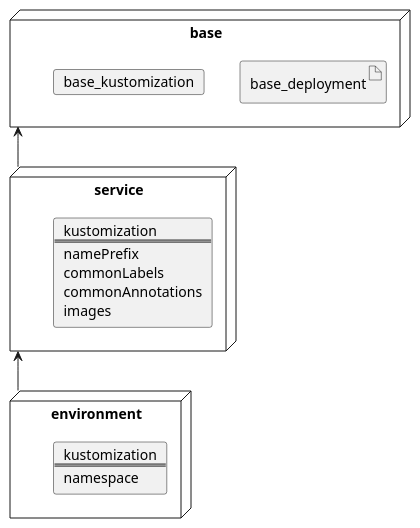
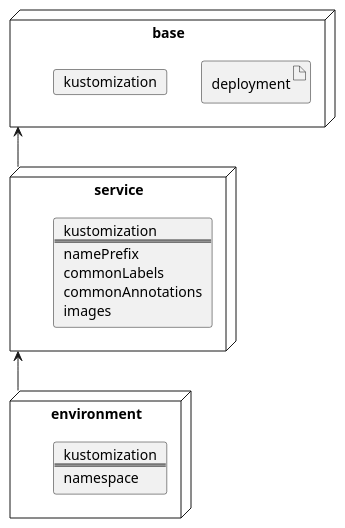
The diagram in documentation/images/kubernetes.puml (LanDinh/khaleesi-ninja), drawn with PlantUML before and after one commit. The commit also changed 3 other files, not shown here.

```diff
--- a/documentation/images/kubernetes.puml
+++ b/documentation/images/kubernetes.puml
@@ -1,28 +1,28 @@
 @startuml
 node base {
-  artifact base_deployment as deployment
-  card base_kustomization as kustomization
+  artifact deployment as base_deployment
+  card kustomization as base_kustomization
 }
 
 node service {
   card service_kustomization [
     kustomization
     ====
     namePrefix
     commonLabels
     commonAnnotations
     images
   ]
 }
 
 node environment {
   card environment_kustomization [
     kustomization
     ====
     namespace
   ]
 }
 
 base <-- service
 service <-- environment
 @enduml
```
